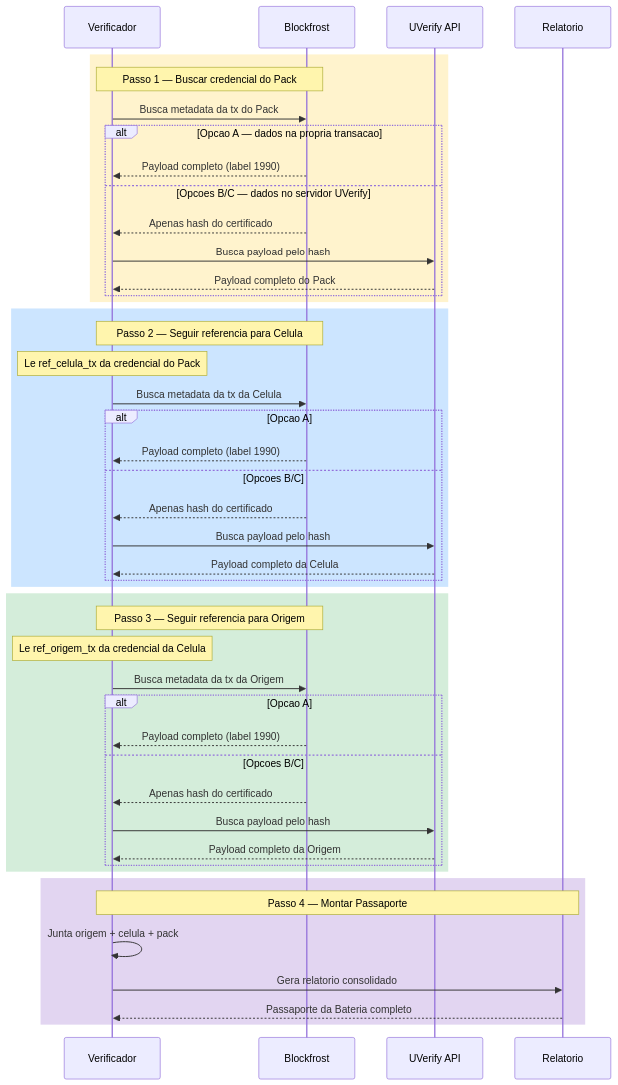
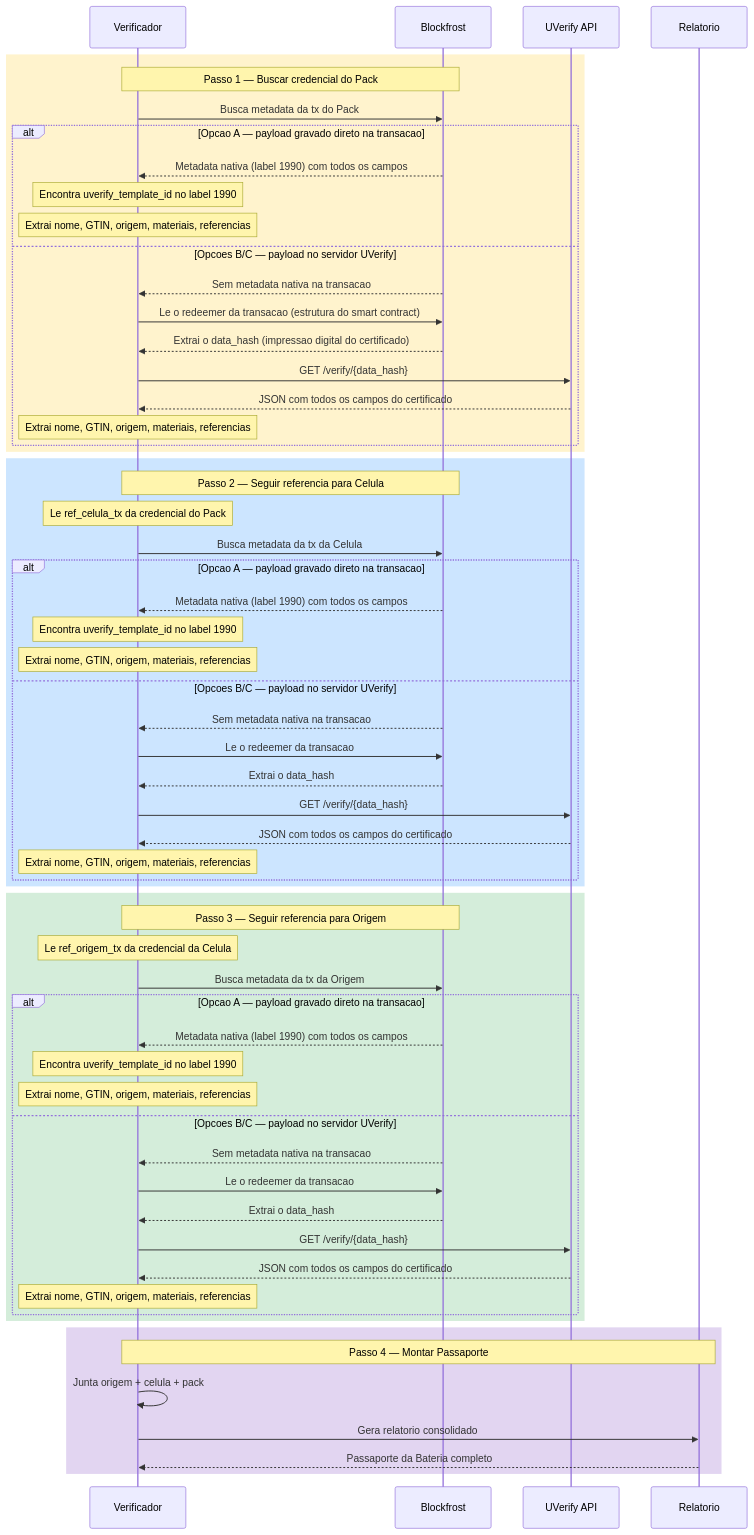
One commit to darlisagc/cardano-battery-passport changed the fourth of 5 diagrams in arquitetura-dpp.md. Above: the diagram before and after it, drawn with Mermaid.

Commit message:
Add field extraction details to both paths in verificador diagram

````diff
--- a/arquitetura-dpp.md
+++ b/arquitetura-dpp.md
@@ -259,52 +259,67 @@
 ```mermaid
 sequenceDiagram
     participant V as Verificador
     participant BF as Blockfrost
     participant UV as UVerify API
     participant R as Relatorio
 
     rect rgb(255, 243, 205)
     Note over V,BF: Passo 1 — Buscar credencial do Pack
     V->>BF: Busca metadata da tx do Pack
-    alt Opcao A — dados na propria transacao
-        BF-->>V: Payload completo (label 1990)
-    else Opcoes B/C — dados no servidor UVerify
-        BF-->>V: Apenas hash do certificado
-        V->>UV: Busca payload pelo hash
-        UV-->>V: Payload completo do Pack
+    alt Opcao A — payload gravado direto na transacao
+        BF-->>V: Metadata nativa (label 1990) com todos os campos
+        Note over V: Encontra uverify_template_id no label 1990
+        Note over V: Extrai nome, GTIN, origem, materiais, referencias
+    else Opcoes B/C — payload no servidor UVerify
+        BF-->>V: Sem metadata nativa na transacao
+        V->>BF: Le o redeemer da transacao (estrutura do smart contract)
+        BF-->>V: Extrai o data_hash (impressao digital do certificado)
+        V->>UV: GET /verify/{data_hash}
+        UV-->>V: JSON com todos os campos do certificado
+        Note over V: Extrai nome, GTIN, origem, materiais, referencias
     end
     end
 
     rect rgb(204, 229, 255)
     Note over V,BF: Passo 2 — Seguir referencia para Celula
     Note over V: Le ref_celula_tx da credencial do Pack
     V->>BF: Busca metadata da tx da Celula
-    alt Opcao A
-        BF-->>V: Payload completo (label 1990)
-    else Opcoes B/C
-        BF-->>V: Apenas hash do certificado
-        V->>UV: Busca payload pelo hash
-        UV-->>V: Payload completo da Celula
+    alt Opcao A — payload gravado direto na transacao
+        BF-->>V: Metadata nativa (label 1990) com todos os campos
+        Note over V: Encontra uverify_template_id no label 1990
+        Note over V: Extrai nome, GTIN, origem, materiais, referencias
+    else Opcoes B/C — payload no servidor UVerify
+        BF-->>V: Sem metadata nativa na transacao
+        V->>BF: Le o redeemer da transacao
+        BF-->>V: Extrai o data_hash
+        V->>UV: GET /verify/{data_hash}
+        UV-->>V: JSON com todos os campos do certificado
+        Note over V: Extrai nome, GTIN, origem, materiais, referencias
     end
     end
 
     rect rgb(212, 237, 218)
     Note over V,BF: Passo 3 — Seguir referencia para Origem
     Note over V: Le ref_origem_tx da credencial da Celula
     V->>BF: Busca metadata da tx da Origem
-    alt Opcao A
-        BF-->>V: Payload completo (label 1990)
-    else Opcoes B/C
-        BF-->>V: Apenas hash do certificado
-        V->>UV: Busca payload pelo hash
-        UV-->>V: Payload completo da Origem
+    alt Opcao A — payload gravado direto na transacao
+        BF-->>V: Metadata nativa (label 1990) com todos os campos
+        Note over V: Encontra uverify_template_id no label 1990
+        Note over V: Extrai nome, GTIN, origem, materiais, referencias
+    else Opcoes B/C — payload no servidor UVerify
+        BF-->>V: Sem metadata nativa na transacao
+        V->>BF: Le o redeemer da transacao
+        BF-->>V: Extrai o data_hash
+        V->>UV: GET /verify/{data_hash}
+        UV-->>V: JSON com todos os campos do certificado
+        Note over V: Extrai nome, GTIN, origem, materiais, referencias
     end
     end
 
     rect rgb(226, 213, 241)
     Note over V,R: Passo 4 — Montar Passaporte
     V->>V: Junta origem + celula + pack
     V->>R: Gera relatorio consolidado
     R-->>V: Passaporte da Bateria completo
     end
 ```
````
